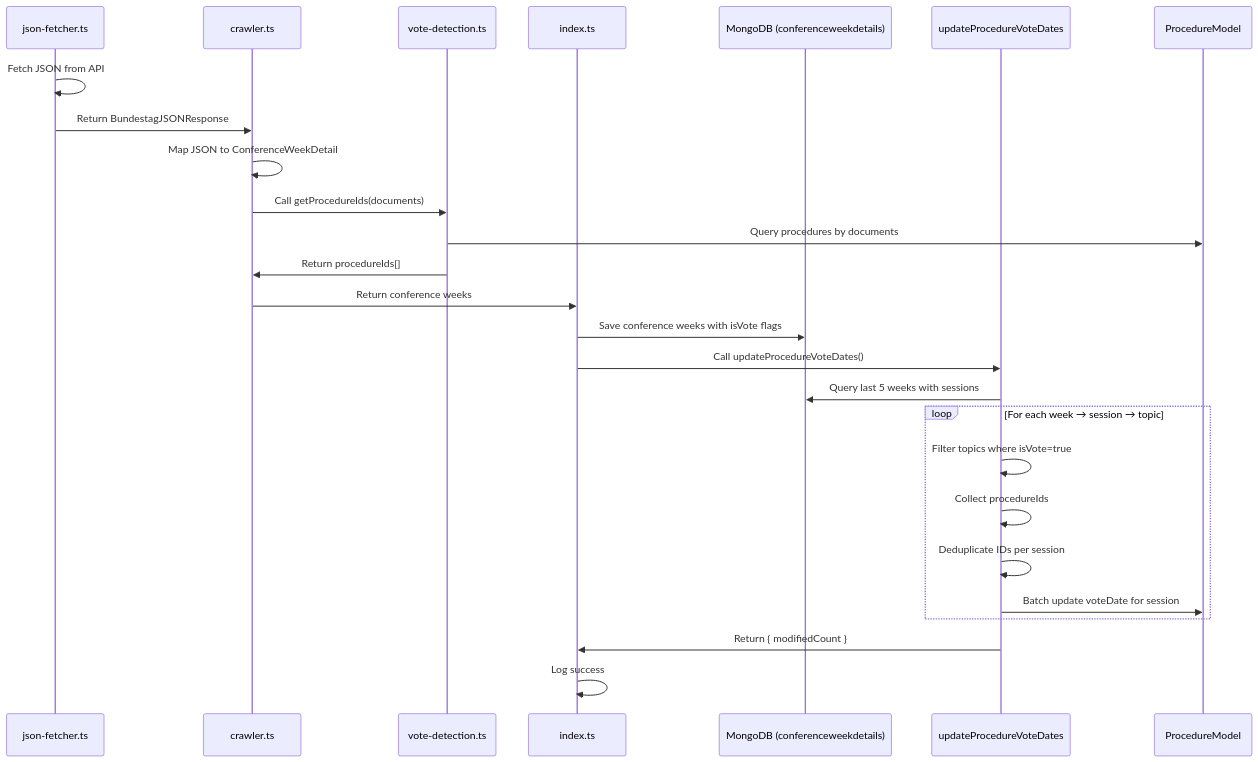
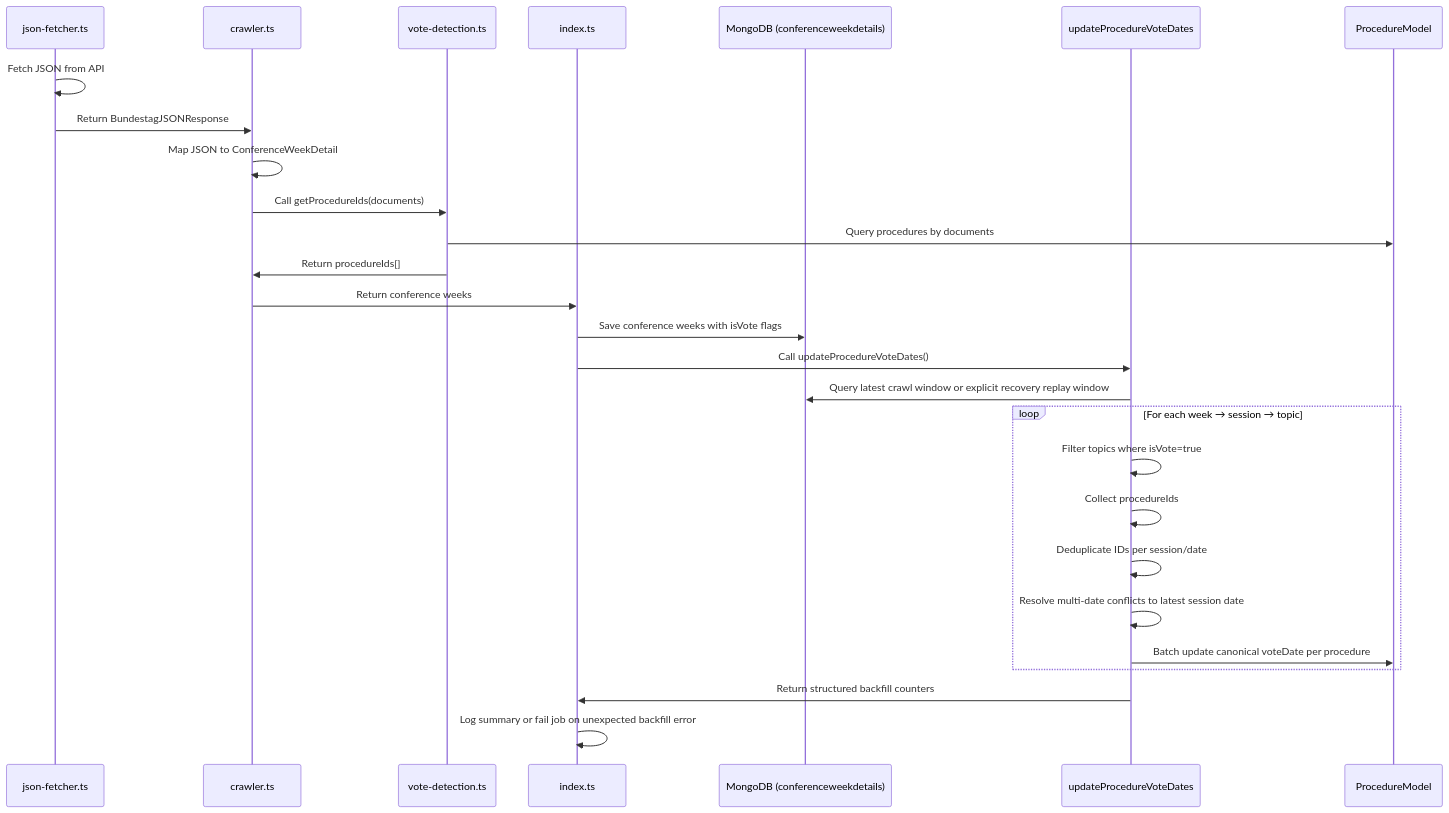
Before and after one commit to demokratie-live/democracy-development: the fourth of 5 diagrams in services/cron-jobs/import-conference-week-details/docs/votedate-flow.md, drawn with Mermaid. The commit also changed other lines of this file and 17 other files, not shown here.

Commit message:
Fix voteDate replay in conference-week importer

````diff
--- a/services/cron-jobs/import-conference-week-details/docs/votedate-flow.md
+++ b/services/cron-jobs/import-conference-week-details/docs/votedate-flow.md
@@ -197,29 +199,30 @@
 ```mermaid
 sequenceDiagram
     participant JF as json-fetcher.ts
     participant CR as crawler.ts
     participant VD as vote-detection.ts
     participant IX as index.ts
     participant DB as MongoDB (conferenceweekdetails)
     participant UVD as updateProcedureVoteDates
     participant PM as ProcedureModel
 
     JF->>JF: Fetch JSON from API
     JF->>CR: Return BundestagJSONResponse
     CR->>CR: Map JSON to ConferenceWeekDetail
     CR->>VD: Call getProcedureIds(documents)
     VD->>PM: Query procedures by documents
     VD->>CR: Return procedureIds[]
     CR->>IX: Return conference weeks
     IX->>DB: Save conference weeks with isVote flags
     IX->>UVD: Call updateProcedureVoteDates()
-    UVD->>DB: Query last 5 weeks with sessions
+    UVD->>DB: Query latest crawl window or explicit recovery replay window
     loop For each week → session → topic
         UVD->>UVD: Filter topics where isVote=true
         UVD->>UVD: Collect procedureIds
-        UVD->>UVD: Deduplicate IDs per session
-        UVD->>PM: Batch update voteDate for session
+        UVD->>UVD: Deduplicate IDs per session/date
+        UVD->>UVD: Resolve multi-date conflicts to latest session date
+        UVD->>PM: Batch update canonical voteDate per procedure
     end
-    UVD->>IX: Return { modifiedCount }
-    IX->>IX: Log success
+    UVD->>IX: Return structured backfill counters
+    IX->>IX: Log summary or fail job on unexpected backfill error
 ```
````
